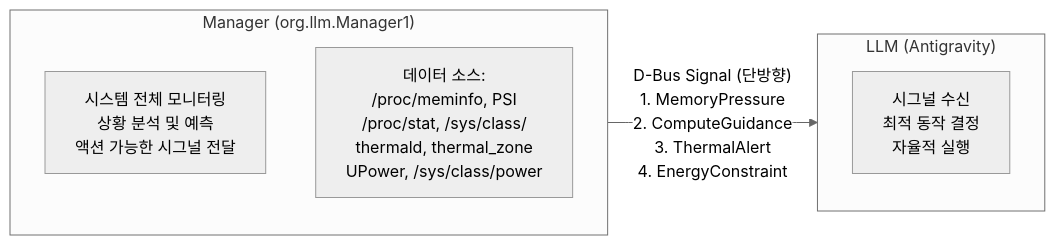
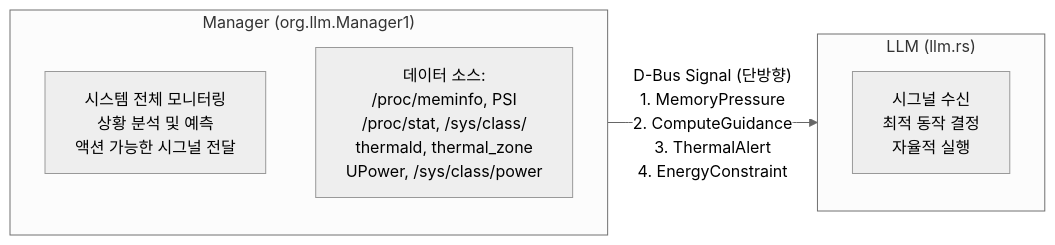
The first of 7 diagrams in docs/20_dbus_ipc_spec.md (hedone21/llm_rs2), drawn with Mermaid (neutral theme) before and after one commit. The commit also changed other lines of this file and 10 other files, not shown here.

Commit message:
fix(docs): rename Antigravity to llm.rs across all documentation

````diff
--- a/docs/20_dbus_ipc_spec.md
+++ b/docs/20_dbus_ipc_spec.md
@@ -14,15 +14,15 @@
 ```mermaid
 flowchart LR
     subgraph Manager["Manager (org.llm.Manager1)"]
         direction TB
         MR["시스템 전체 모니터링<br/>상황 분석 및 예측<br/>액션 가능한 시그널 전달"]
         MS["데이터 소스:<br/>/proc/meminfo, PSI<br/>/proc/stat, /sys/class/<br/>thermald, thermal_zone<br/>UPower, /sys/class/power"]
     end
 
-    subgraph LLM["LLM (Antigravity)"]
+    subgraph LLM["LLM (llm.rs)"]
         direction TB
         LR2["시그널 수신<br/>최적 동작 결정<br/>자율적 실행"]
     end
 
     Manager -- "D-Bus Signal (단방향)<br/>1. MemoryPressure<br/>2. ComputeGuidance<br/>3. ThermalAlert<br/>4. EnergyConstraint" --> LLM
 ```
````
